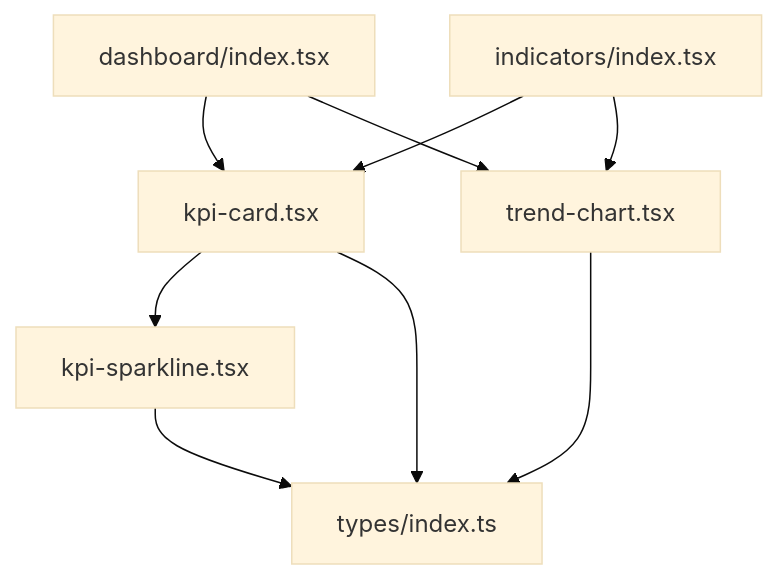
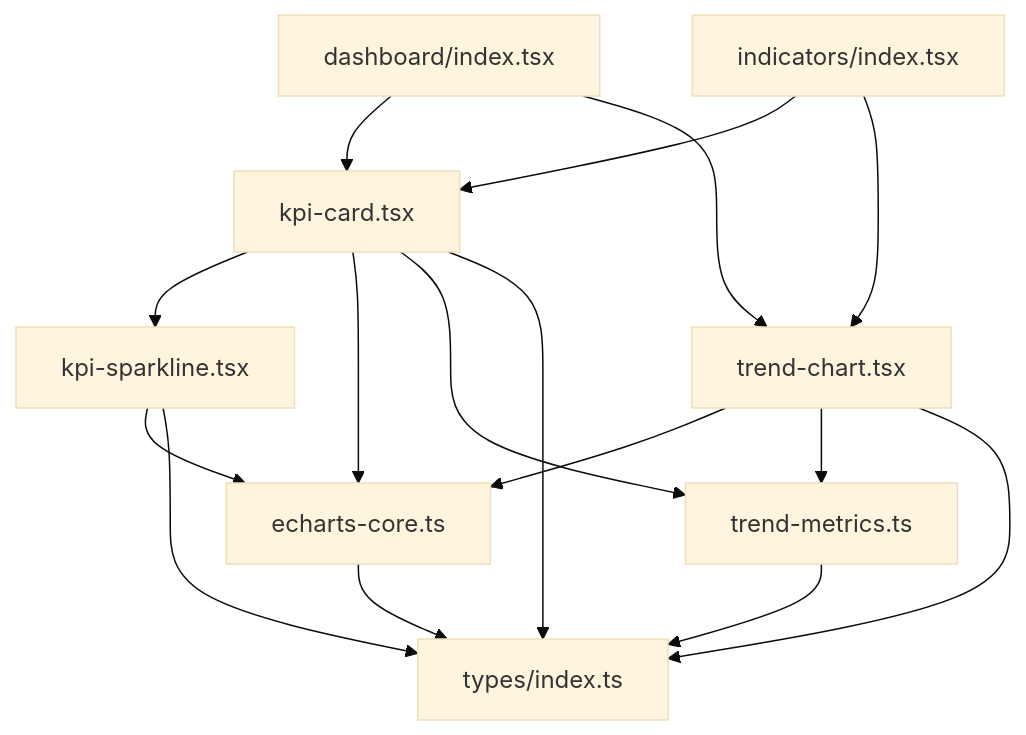
One commit to Damao997/newproject changed the ninth of 9 diagrams in .qoder/repowiki/zh/content/架构设计/组件架构/业务组件/图表组件/图表组件.md. Above: the diagram before and after it, drawn with Mermaid (base theme). The commit also changed other lines of this file and 55 other files, not shown here.

````diff
--- a/.qoder/repowiki/zh/content/架构设计/组件架构/业务组件/图表组件/图表组件.md
+++ b/.qoder/repowiki/zh/content/架构设计/组件架构/业务组件/图表组件/图表组件.md
@@ -265,11 +377,18 @@
 ```mermaid
 graph TB
 KC["kpi-card.tsx"] --> SL["kpi-sparkline.tsx"]
+KC --> EC["echarts-core.ts"]
+KC --> TM["trend-metrics.ts"]
+TC["trend-chart.tsx"] --> EC
+TC --> TM
+SL --> EC
 D["dashboard/index.tsx"] --> KC
-D --> TC["trend-chart.tsx"]
+D --> TC
 I["indicators/index.tsx"] --> KC
 I --> TC
 KC --> T["types/index.ts"]
 TC --> T
 SL --> T
+EC --> T
+TM --> T
 ```
````
